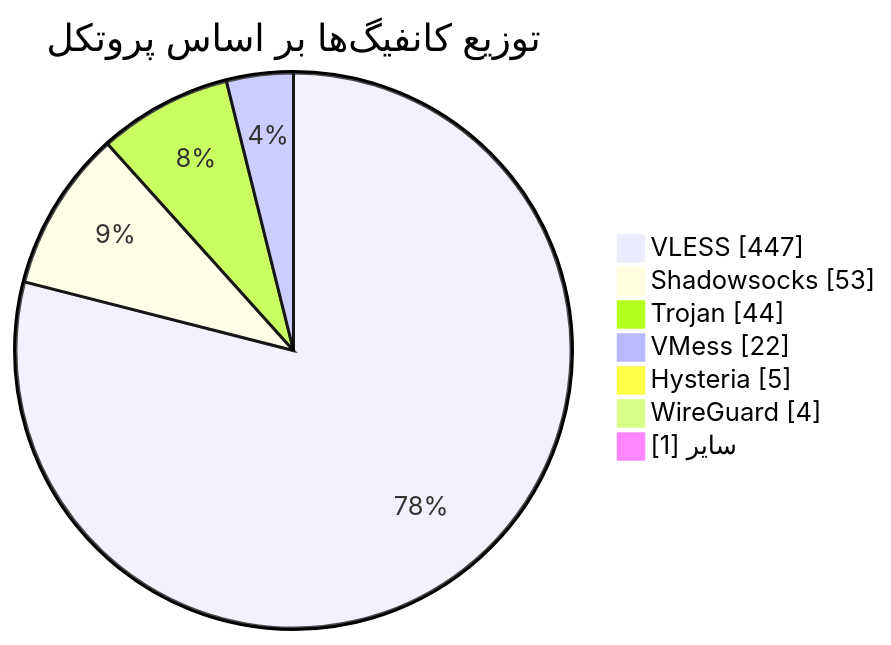
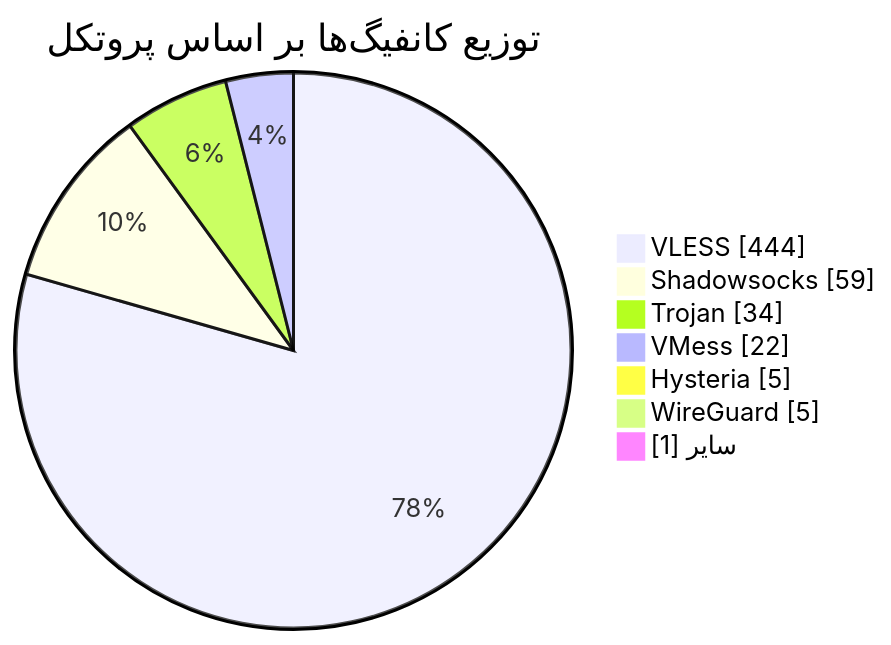
The diagram in README.md (Arian-Alijani/Somthing), drawn with Mermaid before and after one commit. The commit also changed other lines of this file and 19 other files, not shown here.

````diff
--- a/README.md
+++ b/README.md
@@ -49,11 +49,11 @@
 ```mermaid
 pie showData
     title توزیع کانفیگ‌ها بر اساس پروتکل
-    "VLESS" : 447
-    "Shadowsocks" : 53
-    "Trojan" : 44
+    "VLESS" : 444
+    "Shadowsocks" : 59
+    "Trojan" : 34
     "VMess" : 22
     "Hysteria" : 5
-    "WireGuard" : 4
+    "WireGuard" : 5
     "سایر" : 1
 ```
````
